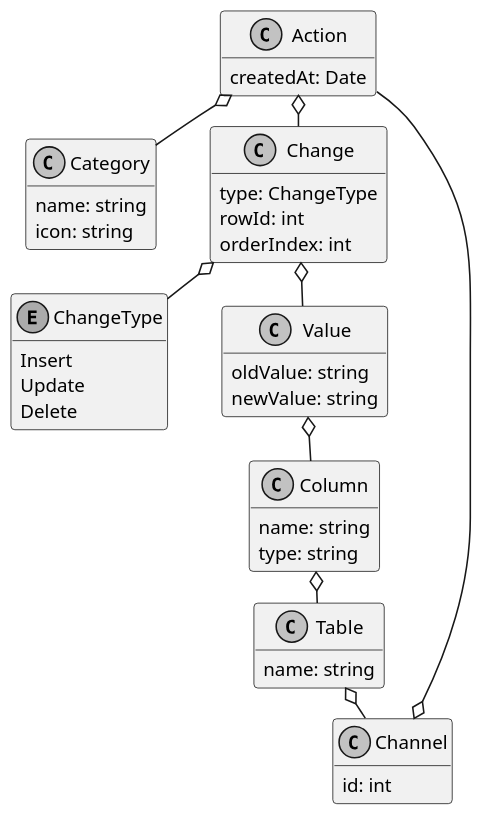
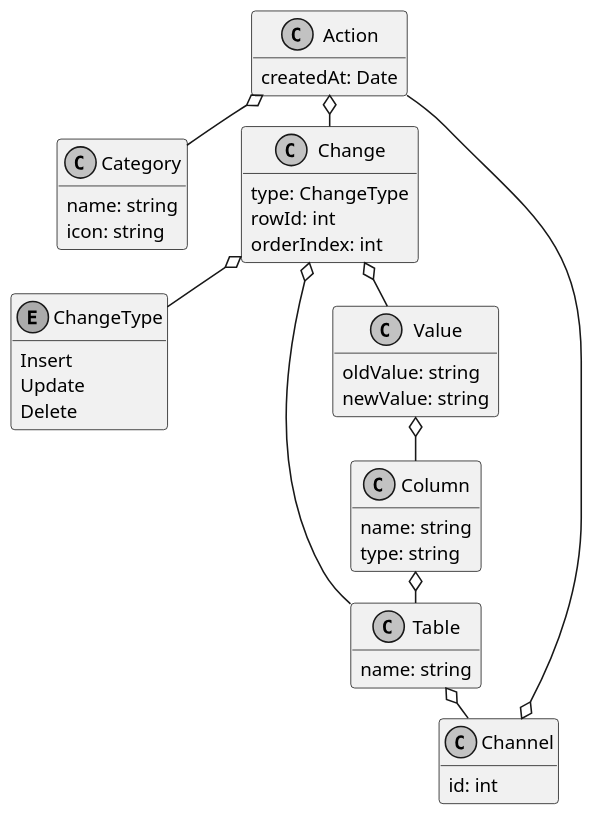
The diagram in docs/tables.puml (Lotes/sqlite-undo-log), drawn with PlantUML before and after one commit. The commit also changed 3 other files, not shown here.

Commit message:
Update diagram

```diff
--- a/docs/tables.puml
+++ b/docs/tables.puml
@@ -1,56 +1,57 @@
 skinparam monochrome true
 skinparam ranksep 20
 skinparam dpi 150
 skinparam packageTitleAlignment left
 skinparam usecaseBorderThickness 0.4
 skinparam defaultFontSize 12
 skinparam rectangleBorderThickness 1
 hide methods
 
 class Category {
   name: string
   icon: string
 }
 
 class Action {
   createdAt: Date
 }
 
 class Change {
   type: ChangeType
   rowId: int
   orderIndex: int
 }
 
 enum ChangeType {
   Insert
   Update
   Delete
 }
 
 class Table {
   name: string
 }
 
 class Column {
   name: string
   type: string
 }
 
 class Value {
   oldValue: string
   newValue: string
 }
 
 class Channel {
   id: int
 }
 
+Channel o-- Action
 Action o-- Category
 Action o-- Change
+Change o-- Table
 Change o-- Value
 Change o-- ChangeType
+Table o-- Channel
 Column o-down- Table 
 Value o-- Column
-Channel o-- Action
-Table o-- Channel
```
